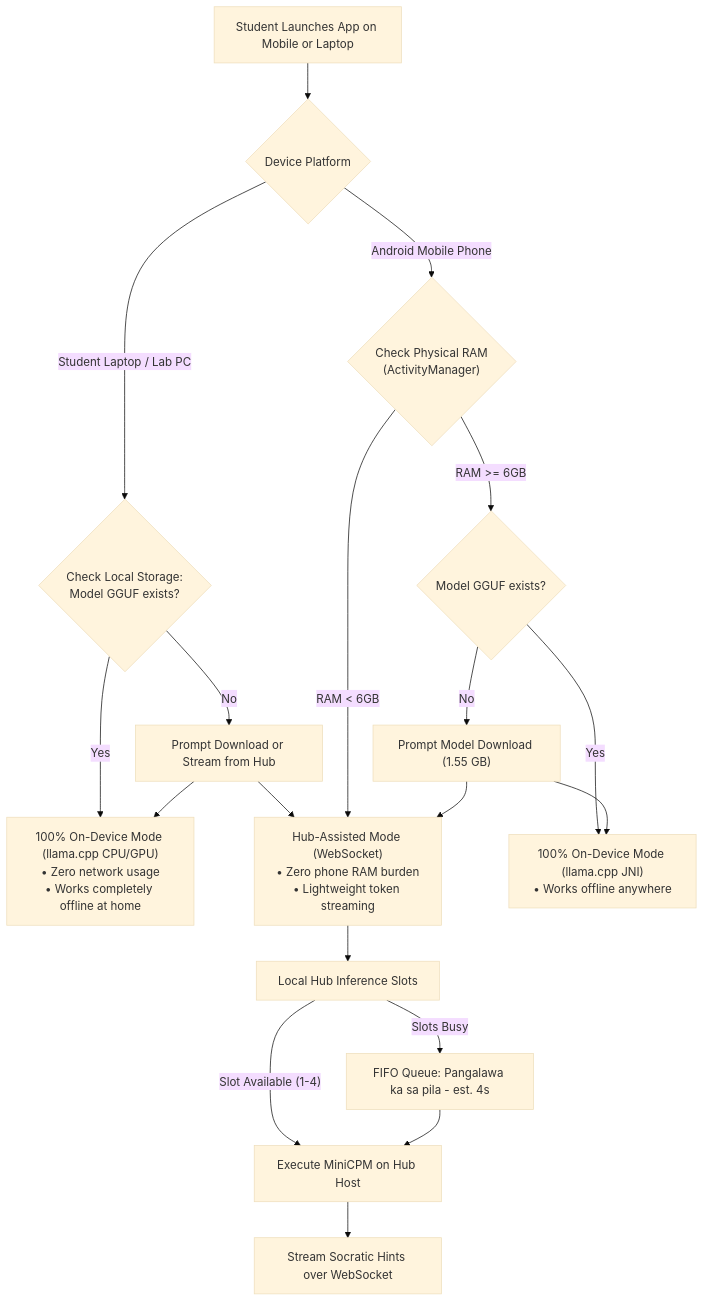
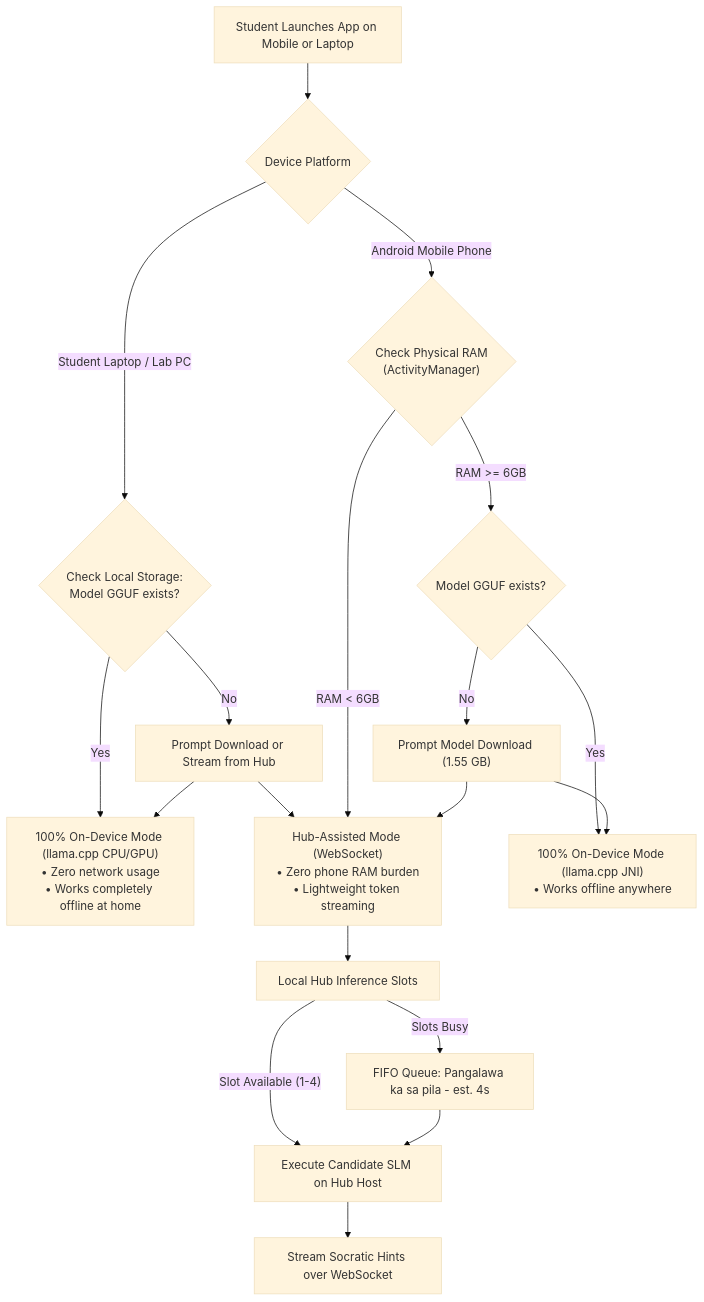
Before and after one commit to BootlegYouki/AraLokal: the third of 3 diagrams in README.md, drawn with Mermaid (base theme). The commit also changed other lines of this file and 7 other files, not shown here.

Commit message:
docs(ai): update AI specifications to pluggable GGUF runtime with candidate SLM evaluation matrix

````diff
--- a/README.md
+++ b/README.md
@@ -98,24 +100,24 @@
 ```mermaid
 flowchart TD
  Start["Student Launches App on Mobile or Laptop"] --> DeviceType{"Device Platform"}
  
  DeviceType -->|"Student Laptop / Lab PC"| DeskCheck{"Check Local Storage:<br/>Model GGUF exists?"}
  DeskCheck -->|Yes| DeskLocal["100% On-Device Mode (llama.cpp CPU/GPU)<br/>• Zero network usage<br/>• Works completely offline at home"]
  DeskCheck -->|No| DeskPrompt["Prompt Download or Stream from Hub"]
  DeskPrompt --> DeskLocal
  DeskPrompt --> HubMode
 
  DeviceType -->|"Android Mobile Phone"| HardwareCheck{"Check Physical RAM<br/>(ActivityManager)"}
  HardwareCheck -->|"RAM < 6GB"| HubMode["Hub-Assisted Mode (WebSocket)<br/>• Zero phone RAM burden<br/>• Lightweight token streaming"]
  HardwareCheck -->|"RAM >= 6GB"| MobCheck{"Model GGUF exists?"}
  MobCheck -->|Yes| MobLocal["100% On-Device Mode (llama.cpp JNI)<br/>• Works offline anywhere"]
  MobCheck -->|No| MobPrompt["Prompt Model Download (1.55 GB)"]
  MobPrompt --> MobLocal
  MobPrompt --> HubMode
 
  HubMode --> HubQueue["Local Hub Inference Slots"]
- HubQueue -->|"Slot Available (1-4)"| Infer["Execute MiniCPM on Hub Host"]
+ HubQueue -->|"Slot Available (1-4)"| Infer["Execute Candidate SLM on Hub Host"]
  HubQueue -->|"Slots Busy"| QueueWait["FIFO Queue: Pangalawa ka sa pila - est. 4s"]
  QueueWait --> Infer
  Infer --> StreamTokens["Stream Socratic Hints over WebSocket"]
 ```
````
